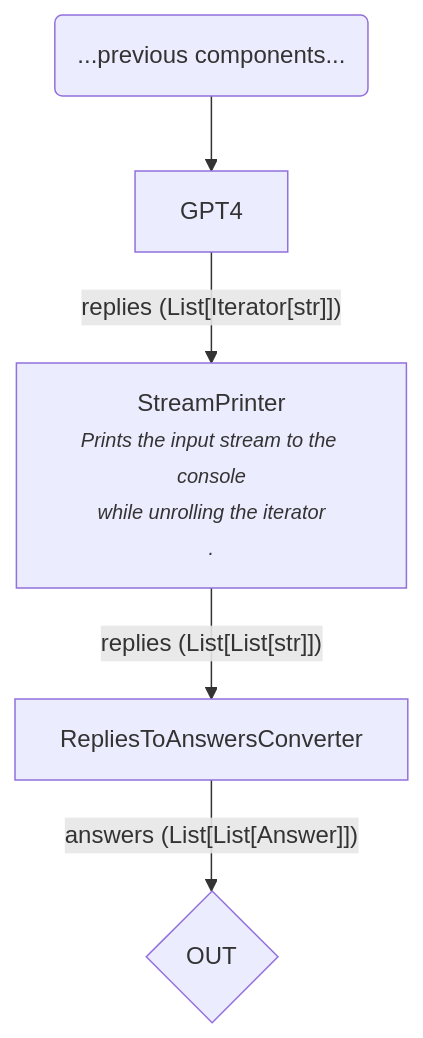
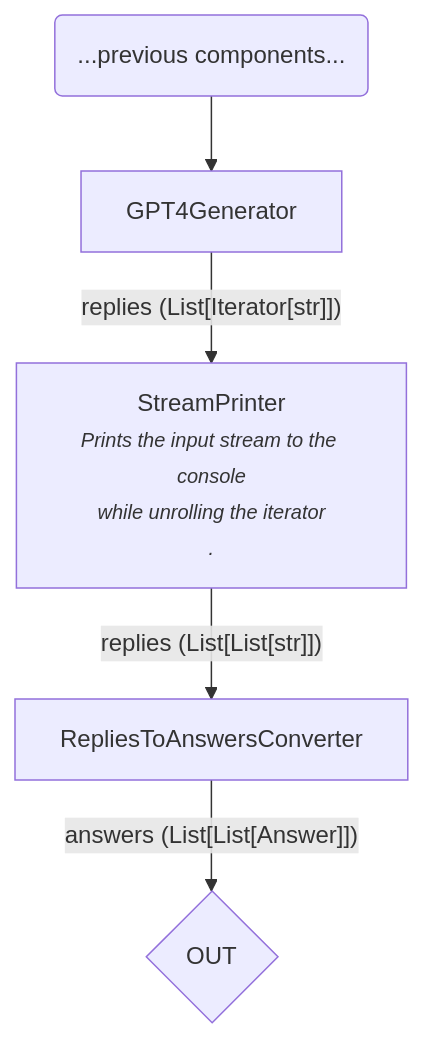
Before and after one commit to deepset-ai/haystack: the second of 2 diagrams in proposals/text/5540-llm-support-2.0.md, drawn with Mermaid. The commit also changed other lines of this file, not shown here.

````diff
--- a/proposals/text/5540-llm-support-2.0.md
+++ b/proposals/text/5540-llm-support-2.0.md
@@ -126,9 +126,9 @@
 ```mermaid
 graph TD;
 
-IN(...previous components...) --> GPT4
-GPT4 -- "replies (List[Iterator[str]])" --> S[StreamPrinter\n<i><small>Prints the input stream to the console\nwhile unrolling the iterator\n.]
+IN(...previous components...) --> GPT4Generator
+GPT4Generator -- "replies (List[Iterator[str]])" --> S[StreamPrinter\n<i><small>Prints the input stream to the console\nwhile unrolling the iterator\n.]
 S -- "replies (List[List[str]])" --> RepliesToAnswersConverter
 RepliesToAnswersConverter -- "answers (List[List[Answer]])" --> OUT{OUT}
 
 ```
````
